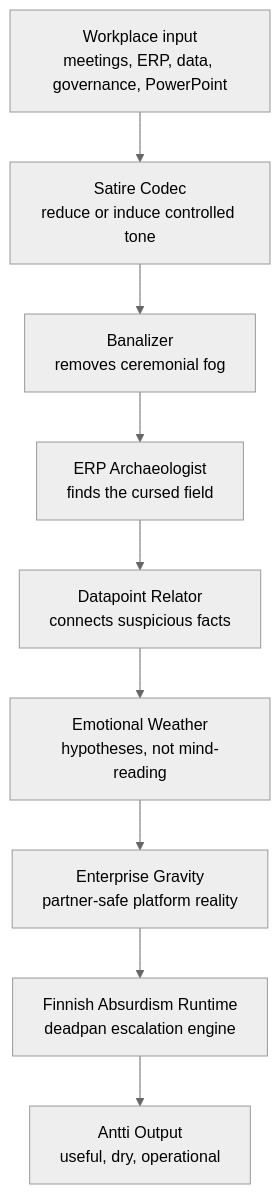
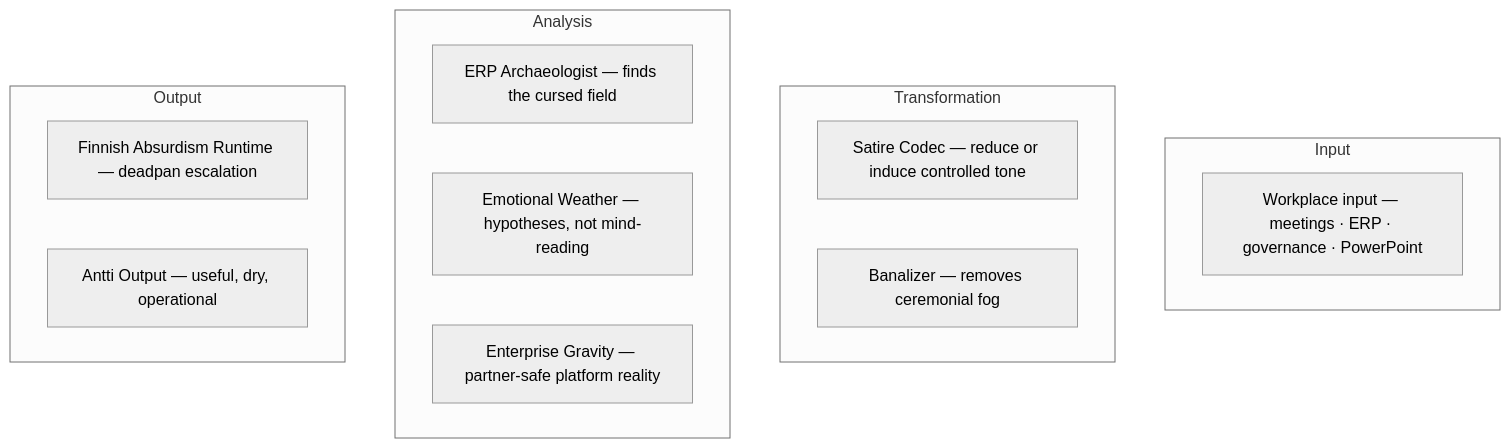
The first of 2 diagrams in README.md (epical-antti-syvanne/antti-stack), drawn with Mermaid (neutral theme) before and after one commit.

Commit message:
fix: remove arrows from architecture Mermaid diagrams — layers, not flow

````diff
--- a/README.md
+++ b/README.md
@@ -322,14 +322,19 @@
 ```mermaid
-flowchart TD
-  input[Workplace input<br/>meetings, ERP, data, governance, PowerPoint]
-  codec[Satire Codec<br/>reduce or induce controlled tone]
-  banalizer[Banalizer<br/>removes ceremonial fog]
-  erp[ERP Archaeologist<br/>finds the cursed field]
-  relations[Datapoint Relator<br/>connects suspicious facts]
-  weather[Emotional Weather<br/>hypotheses, not mind-reading]
-  gravity[Enterprise Gravity<br/>partner-safe platform reality]
-  runtime[Finnish Absurdism Runtime<br/>deadpan escalation engine]
-  output[Antti Output<br/>useful, dry, operational]
-
-  input --> codec --> banalizer --> erp --> relations --> weather --> gravity --> runtime --> output
+graph TD
+    subgraph "Input"
+        input[Workplace input — meetings · ERP · governance · PowerPoint]
+    end
+    subgraph "Transformation"
+        codec[Satire Codec — reduce or induce controlled tone]
+        banalizer[Banalizer — removes ceremonial fog]
+    end
+    subgraph "Analysis"
+        erp[ERP Archaeologist — finds the cursed field]
+        weather[Emotional Weather — hypotheses, not mind-reading]
+        gravity[Enterprise Gravity — partner-safe platform reality]
+    end
+    subgraph "Output"
+        runtime[Finnish Absurdism Runtime — deadpan escalation]
+        out[Antti Output — useful, dry, operational]
+    end
 ```
````
